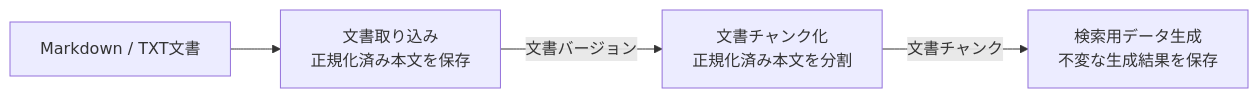
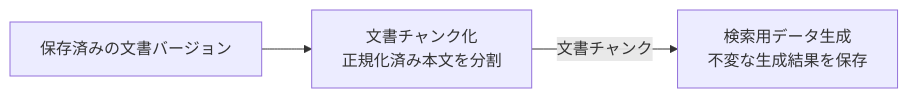
The diagram in project-docs/design/domains/documents/README.md (takashit16833/RAGScope), drawn with Mermaid before and after one commit. The commit also changed other lines of this file and 18 other files, not shown here.

````diff
--- a/project-docs/design/domains/documents/README.md
+++ b/project-docs/design/domains/documents/README.md
@@ -7,11 +7,9 @@
 ```mermaid
 flowchart LR
-    Source["Markdown / TXT文書"]
-    Ingest["文書取り込み<br>正規化済み本文を保存"]
+    Version["保存済みの文書バージョン"]
     Chunk["文書チャンク化<br>正規化済み本文を分割"]
     SearchData["検索用データ生成<br>不変な生成結果を保存"]
 
-    Source --> Ingest
-    Ingest -->|文書バージョン| Chunk
+    Version --> Chunk
     Chunk -->|文書チャンク| SearchData
 ```
````
